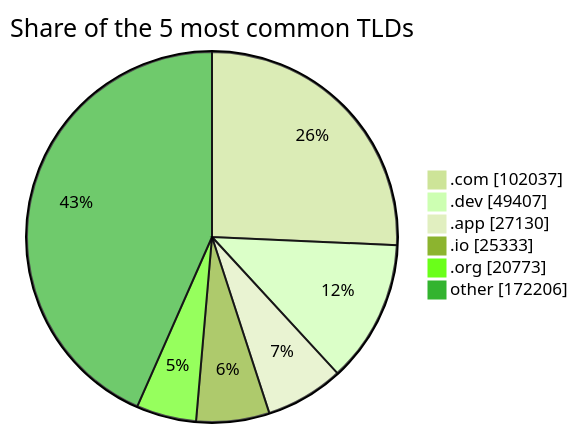
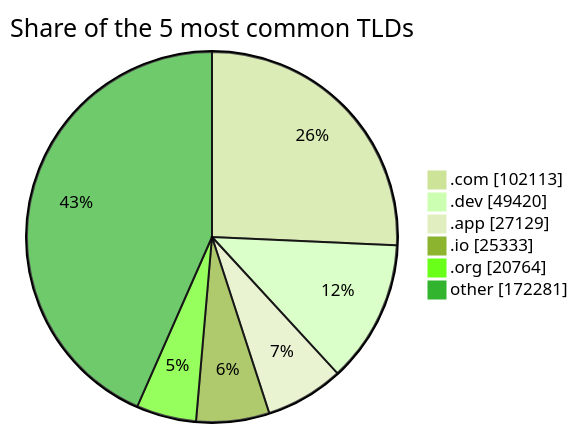
The third of 3 diagrams in README.md (DNSBunker/CTI), drawn with Mermaid (forest theme) before and after one commit. The commit also changed other lines of this file and 3 other files, not shown here.

````diff
--- a/README.md
+++ b/README.md
@@ -81,9 +81,9 @@
 ```mermaid
 pie showData title Share of the 5 most common TLDs
-    ".com" : 102037
-    ".dev" : 49407
-    ".app" : 27130
+    ".com" : 102113
+    ".dev" : 49420
+    ".app" : 27129
     ".io" : 25333
-    ".org" : 20773
-    "other" : 172206
+    ".org" : 20764
+    "other" : 172281
 ```
````
